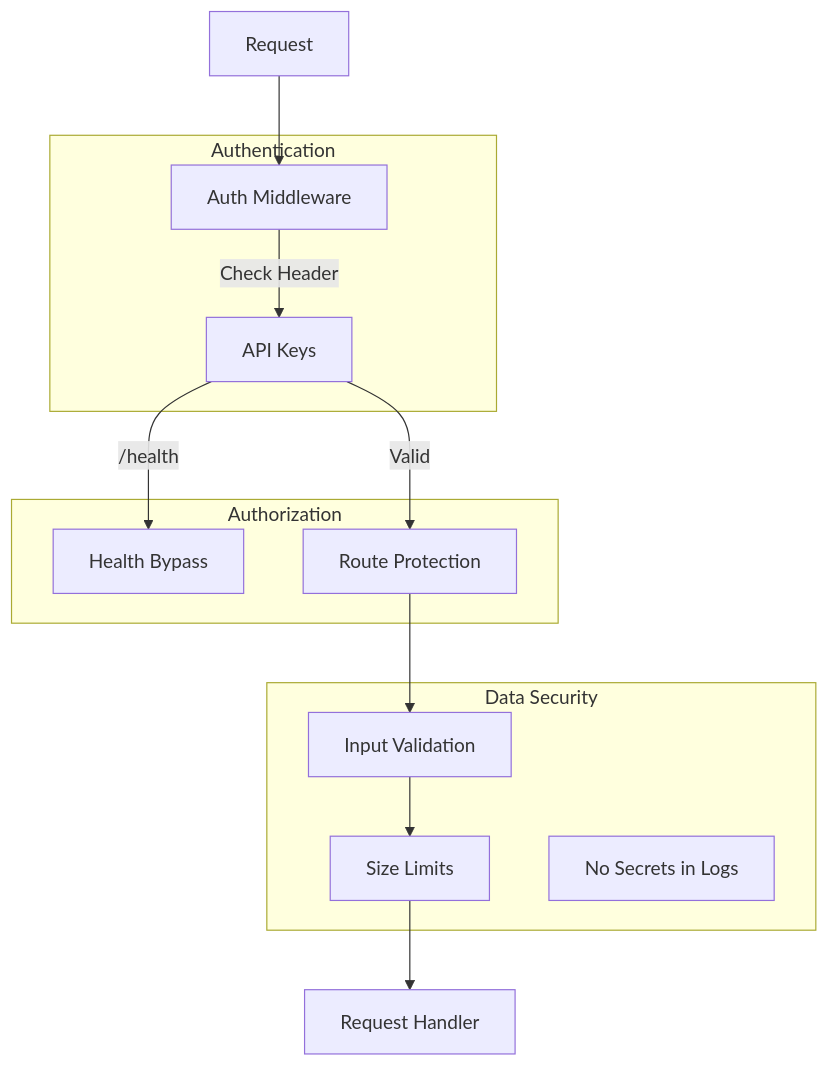
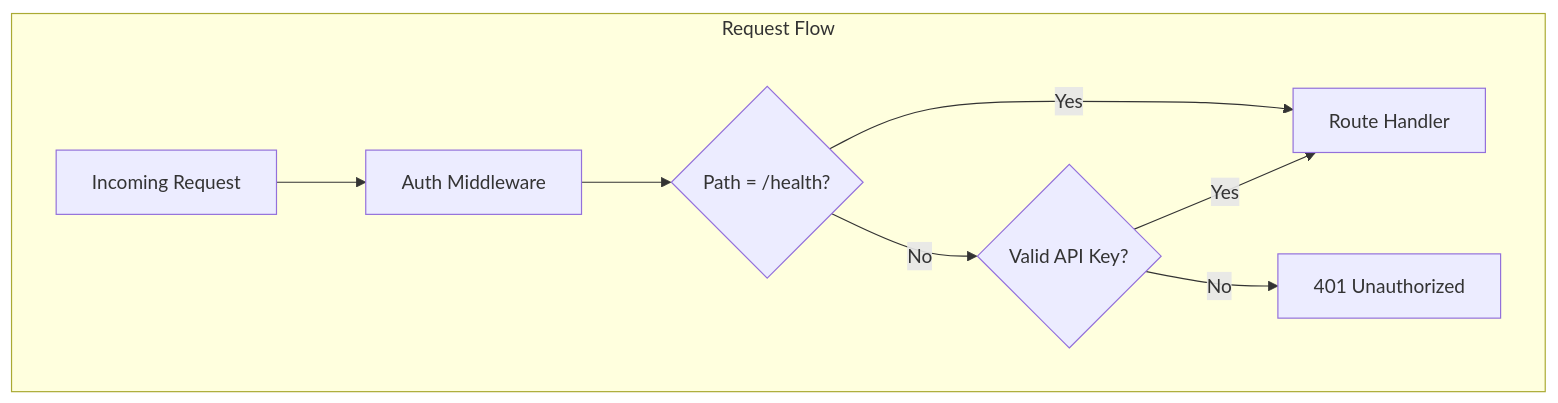
Before and after one commit to mjhcompany/cca: diagram 18 of 19 in docs/architecture.md, drawn with Mermaid. The commit also changed other lines of this file and 43 other files, not shown here.

````diff
--- a/docs/architecture.md
+++ b/docs/architecture.md
@@ -763,26 +886,18 @@
 ```mermaid
 graph TB
-    subgraph "Authentication"
-        AK[API Keys]
-        AM[Auth Middleware]
+    subgraph "Request Flow"
+        REQ[Incoming Request]
+        AUTH[Auth Middleware]
+        HEALTH{Path = /health?}
+        KEY{Valid API Key?}
+        HANDLER[Route Handler]
+        REJECT[401 Unauthorized]
     end
 
-    subgraph "Authorization"
-        HB[Health Bypass]
-        RP[Route Protection]
-    end
-
-    subgraph "Data Security"
-        IV[Input Validation]
-        SL[Size Limits]
-        NS[No Secrets in Logs]
-    end
-
-    Request --> AM
-    AM -->|Check Header| AK
-    AK -->|Valid| RP
-    AK -->|/health| HB
-    RP --> IV
-    IV --> SL
-    SL --> Handler[Request Handler]
+    REQ --> AUTH
+    AUTH --> HEALTH
+    HEALTH -->|Yes| HANDLER
+    HEALTH -->|No| KEY
+    KEY -->|Yes| HANDLER
+    KEY -->|No| REJECT
 ```
````
